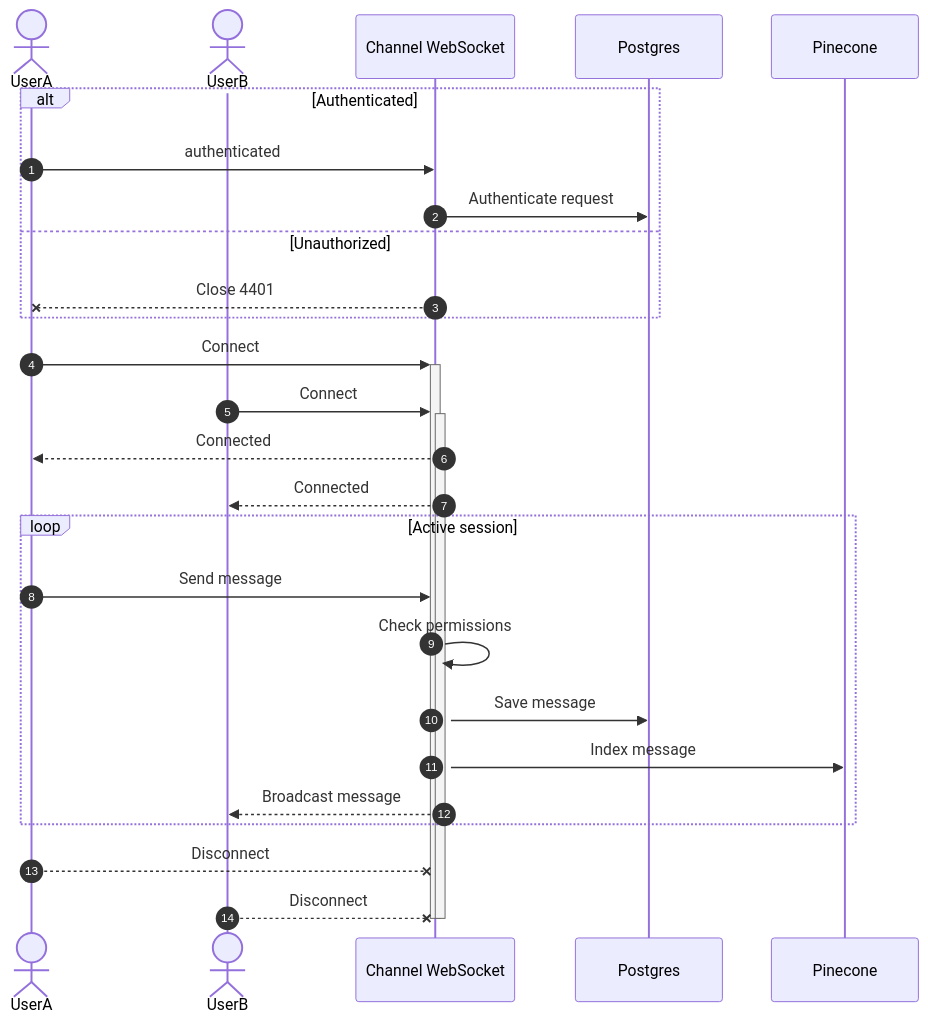
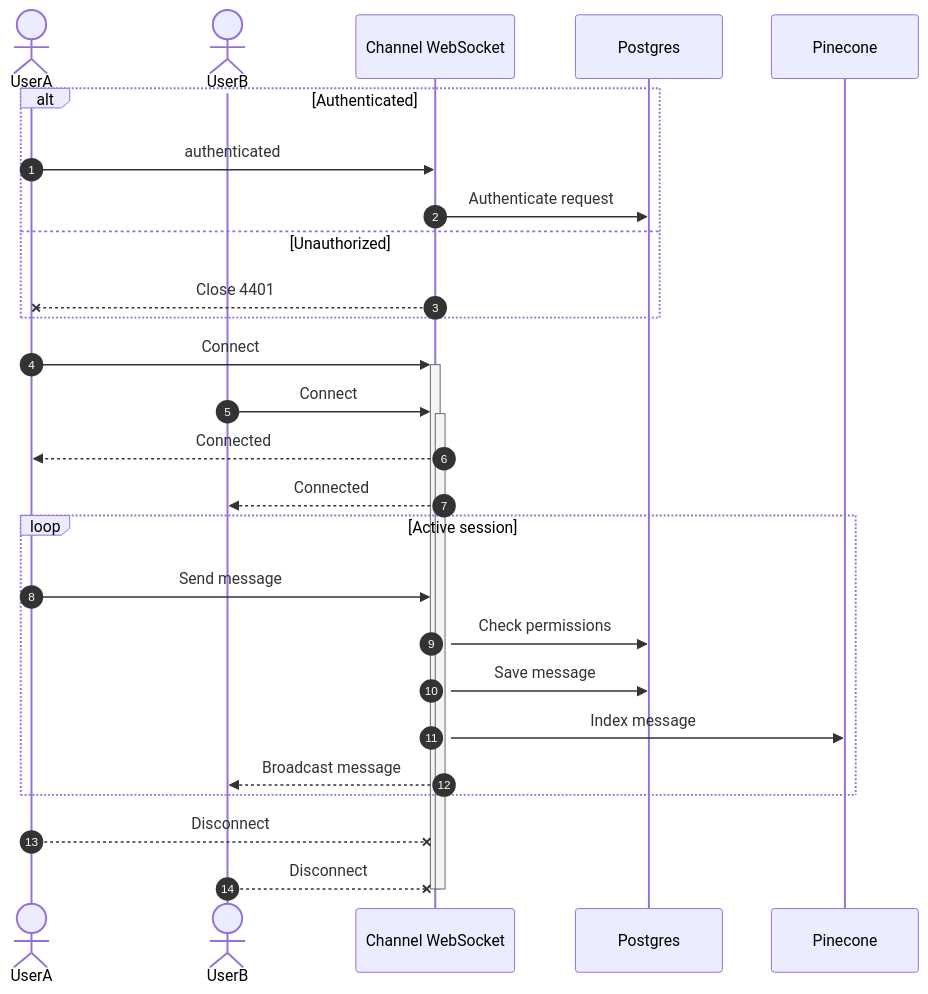
The ninth of 16 diagrams in docs/SEQUENCE_DIAGRAMS.md (MohamedChebbi123/teamnest), drawn with Mermaid before and after one commit. The commit also changed other lines of this file, not shown here.

````diff
--- a/docs/SEQUENCE_DIAGRAMS.md
+++ b/docs/SEQUENCE_DIAGRAMS.md
@@ -316,34 +316,34 @@
 ```mermaid
 sequenceDiagram
     autonumber
     actor UserA
     actor UserB
     participant WS as Channel WebSocket
     participant DB as Postgres
     participant Vec as Pinecone
 
     alt Authenticated
         UserA->>WS: authenticated
         WS->>DB: Authenticate request
     else Unauthorized
         WS--xUserA: Close 4401
     end
 
     UserA->>+WS: Connect
     UserB->>+WS: Connect
     WS-->>UserA: Connected
     WS-->>UserB: Connected
 
     loop Active session
         UserA->>WS: Send message
-        WS->>WS: Check permissions
+        WS->>DB: Check permissions
         WS->>DB: Save message
         WS->>Vec: Index message
         WS-->>UserB: Broadcast message
     end
 
     UserA--xWS: Disconnect
     UserB--xWS: Disconnect
     deactivate WS
     deactivate WS
 ```
````
